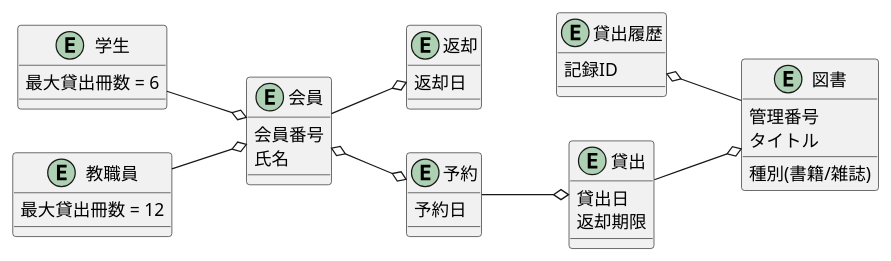
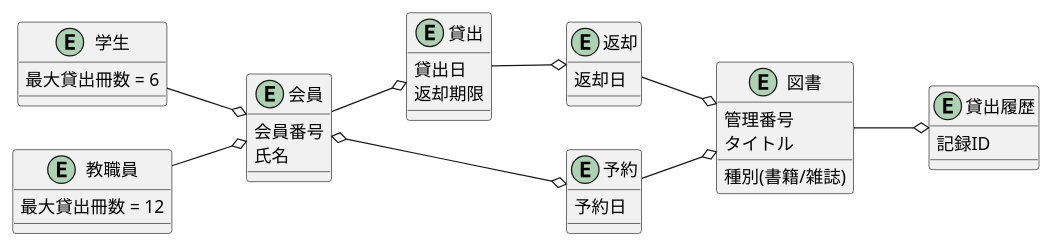
Before and after one commit to mameiku/G3-4: the diagram in domain.pu, drawn with PlantUML.

Commit message:
ドメインモデル変更(長廣)

```diff
--- a/domain.pu
+++ b/domain.pu
@@ -1,51 +1,52 @@
 @startuml
  
 left to right direction
 entity 会員 {
     会員番号
     氏名
 }
  
 entity 学生 {
     最大貸出冊数 = 6
 }
  
 entity 教職員 {
     最大貸出冊数 = 12
 }
  
  
 entity 図書 {
   管理番号
   タイトル
   種別(書籍/雑誌)
 }
  
 entity 貸出 {
   貸出日
   返却期限
 }
  
 entity 返却 {
   返却日
 }
 entity 予約 {
   予約日
 }
 entity 貸出履歴 {
   記録ID
 }
  
 学生 --o 会員
 教職員 --o 会員
  
-会員 --o 返却
+会員 --o 貸出
 会員 o--o 予約
  
-予約 --o 貸出
+貸出 --o 返却
+返却 --o 図書
+予約 --o 図書
  
-貸出 --o 図書
-貸出履歴 o-- 図書
+図書 --o 貸出履歴
  
  
 @enduml
```
